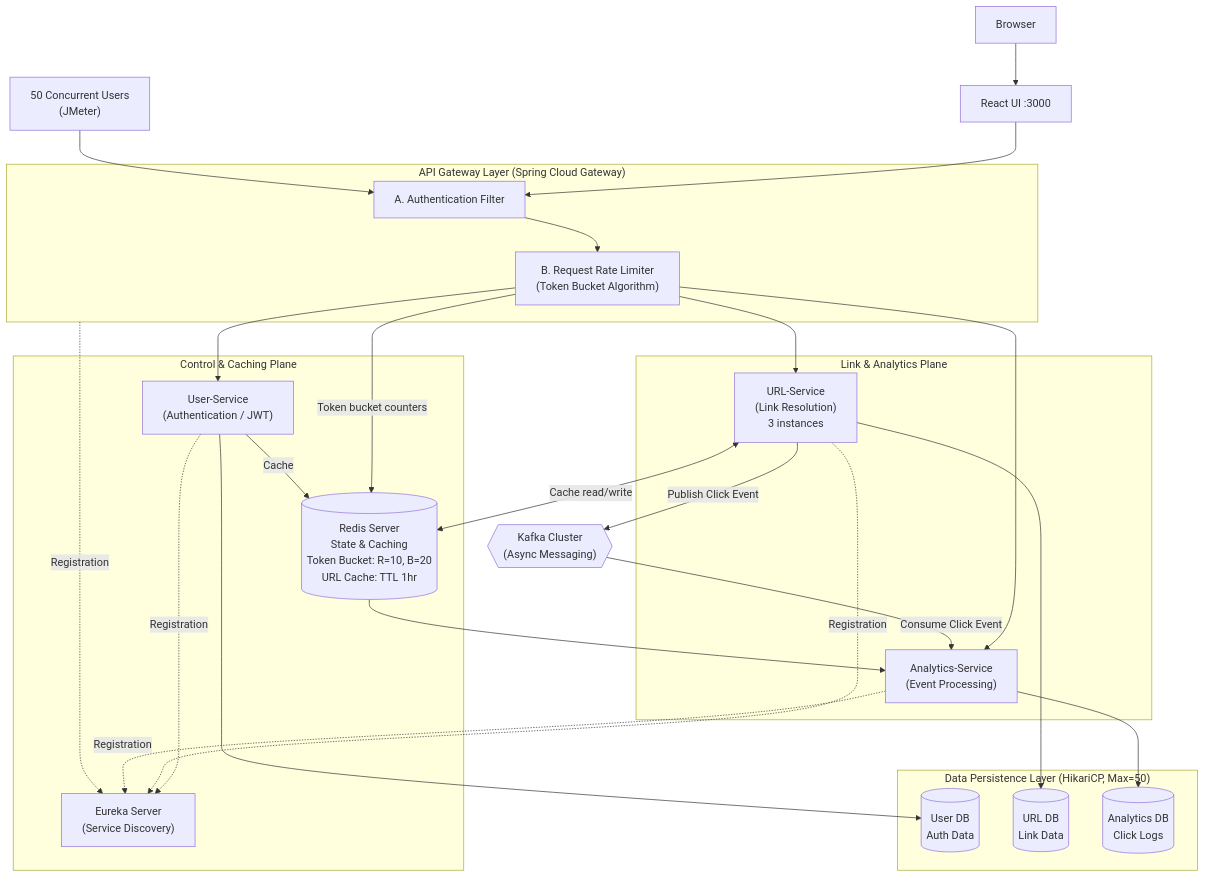
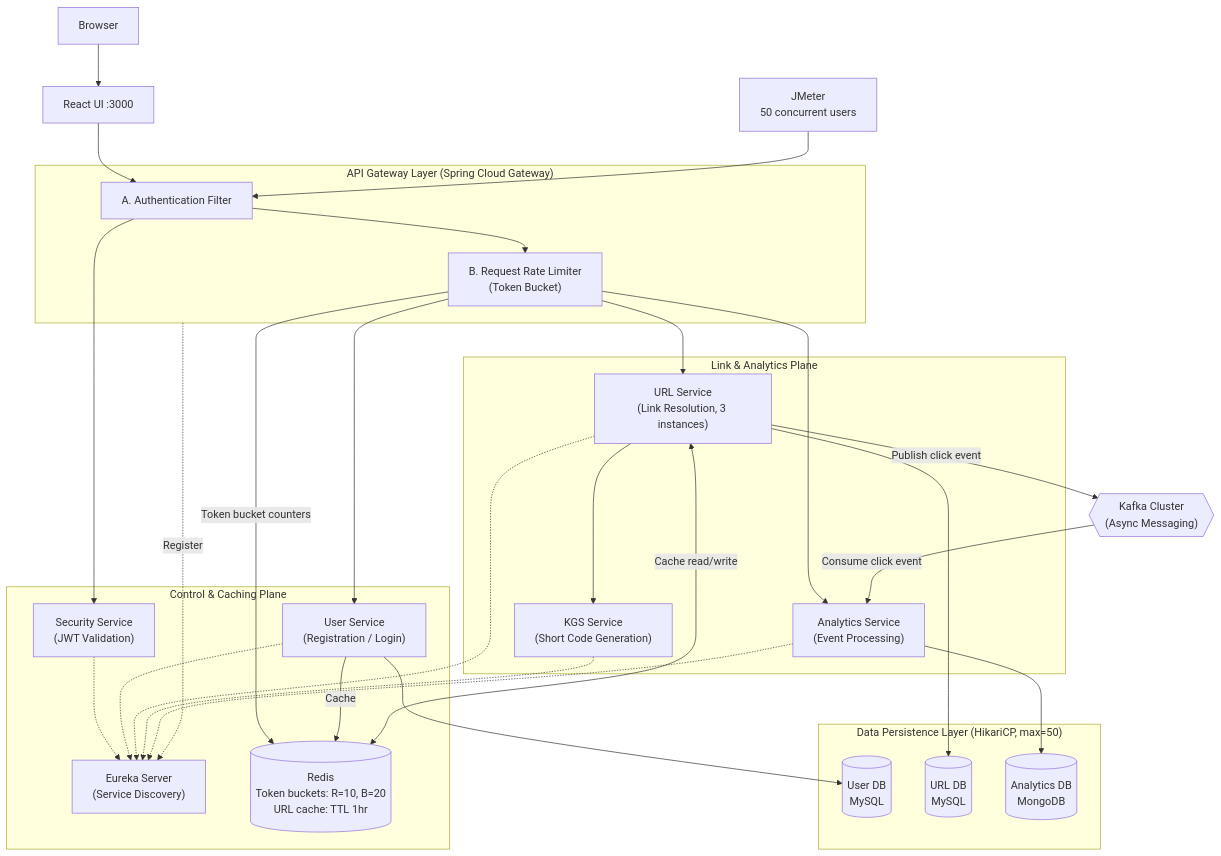
Before and after one commit to Hemant15-Bl/Url-Shortener: the diagram in README.md, drawn with Mermaid. The commit also changed other lines of this file, not shown here.

````diff
--- a/README.md
+++ b/README.md
@@ -93,64 +34,63 @@
 ```mermaid
 graph TB
-    %% 1. Traffic ingress
     Browser["Browser"] --> UI["React UI :3000"]
-    JMeter["50 Concurrent Users<br/>(JMeter)"]
+    JMeter["JMeter<br/>50 concurrent users"]
 
-    %% 2. API Gateway
     subgraph GWL["API Gateway Layer (Spring Cloud Gateway)"]
         AUTH["A. Authentication Filter"]
-        RL["B. Request Rate Limiter<br/>(Token Bucket Algorithm)"]
+        RL["B. Request Rate Limiter<br/>(Token Bucket)"]
         AUTH --> RL
     end
     UI --> AUTH
     JMeter --> AUTH
 
-    %% 3. Control & caching plane
     subgraph CCP["Control & Caching Plane"]
         EUREKA["Eureka Server<br/>(Service Discovery)"]
-        USER["User-Service<br/>(Authentication / JWT)"]
-        REDIS[("Redis Server<br/>State & Caching<br/>Token Bucket: R=10, B=20<br/>URL Cache: TTL 1hr")]
+        SEC["Security Service<br/>(JWT Validation)"]
+        USER["User Service<br/>(Registration / Login)"]
+        REDIS[("Redis<br/>Token buckets: R=10, B=20<br/>URL cache: TTL 1hr")]
     end
 
-    %% 4. Link & analytics plane
     subgraph LAP["Link & Analytics Plane"]
-        URL["URL-Service<br/>(Link Resolution)<br/>3 instances"]
-        ANALYTICS["Analytics-Service<br/>(Event Processing)"]
+        URL["URL Service<br/>(Link Resolution, 3 instances)"]
+        KGS["KGS Service<br/>(Short Code Generation)"]
+        ANALYTICS["Analytics Service<br/>(Event Processing)"]
     end
 
-    %% 5. Message broker
     KAFKA{{"Kafka Cluster<br/>(Async Messaging)"}}
 
-    %% 6. Data persistence
-    subgraph DB["Data Persistence Layer (HikariCP, Max=50)"]
-        USERDB[("User DB<br/>Auth Data")]
-        URLDB[("URL DB<br/>Link Data")]
-        ANALYTICSDB[("Analytics DB<br/>Click Logs")]
+    subgraph DB["Data Persistence Layer (HikariCP, max=50)"]
+        USERDB[("User DB<br/>MySQL")]
+        URLDB[("URL DB<br/>MySQL")]
+        ANALYTICSDB[("Analytics DB<br/>MongoDB")]
     end
 
-    %% Gateway routing
+    %% Request flow
+    AUTH --> SEC
     RL -->|"Token bucket counters"| REDIS
     RL --> USER
     RL --> URL
     RL --> ANALYTICS
 
     %% Service discovery
-    GWL -.->|"Registration"| EUREKA
-    USER -.->|"Registration"| EUREKA
-    URL -.->|"Registration"| EUREKA
-    ANALYTICS -.->|"Registration"| EUREKA
+    GWL -.->|"Register"| EUREKA
+    SEC -.-> EUREKA
+    USER -.-> EUREKA
+    URL -.-> EUREKA
+    KGS -.-> EUREKA
+    ANALYTICS -.-> EUREKA
 
-    %% Caching
+    %% Caching and ID generation
     USER -->|"Cache"| REDIS
     URL <-->|"Cache read/write"| REDIS
-    REDIS --> ANALYTICS
+    URL --> KGS
 
     %% Event pipeline
-    URL -->|"Publish Click Event"| KAFKA
-    KAFKA -->|"Consume Click Event"| ANALYTICS
+    URL -->|"Publish click event"| KAFKA
+    KAFKA -->|"Consume click event"| ANALYTICS
 
     %% Persistence
     USER --> USERDB
     URL --> URLDB
     ANALYTICS --> ANALYTICSDB
 ```
````
